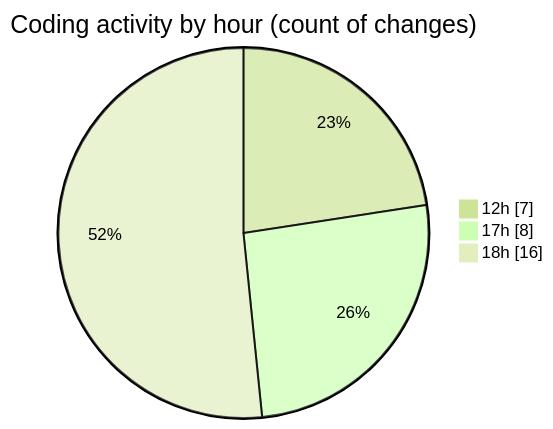
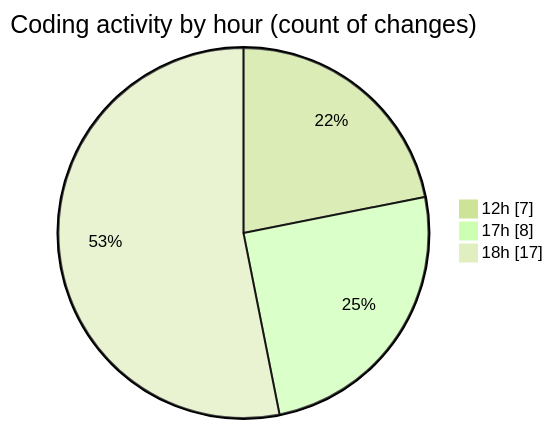
Before and after one commit to nxtqubesakshisongat/code-tracking: the second of 2 diagrams in 2025-07-24/nxtqube_webapp/README.md, drawn with Mermaid (forest theme). The commit also changed other lines of this file and 1 other file, not shown here.

````diff
--- a/2025-07-24/nxtqube_webapp/README.md
+++ b/2025-07-24/nxtqube_webapp/README.md
@@ -34,7 +35,7 @@
 ```mermaid
 pie showData
 title Coding activity by hour (count of changes)
 "12h" : 7
 "17h" : 8
-"18h" : 16
+"18h" : 17
 ```
````
